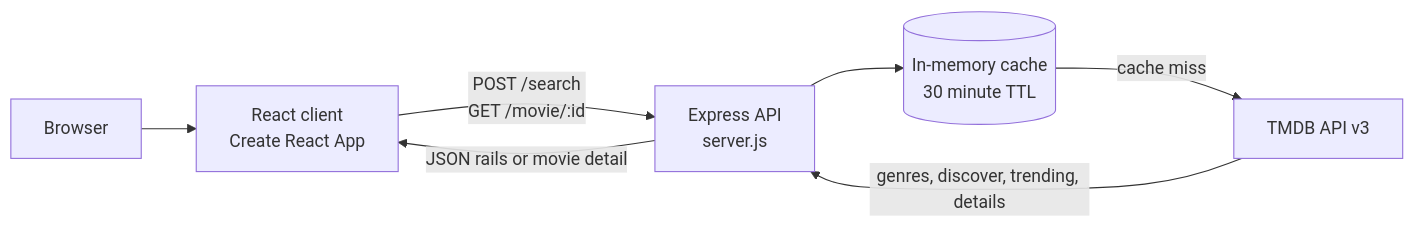
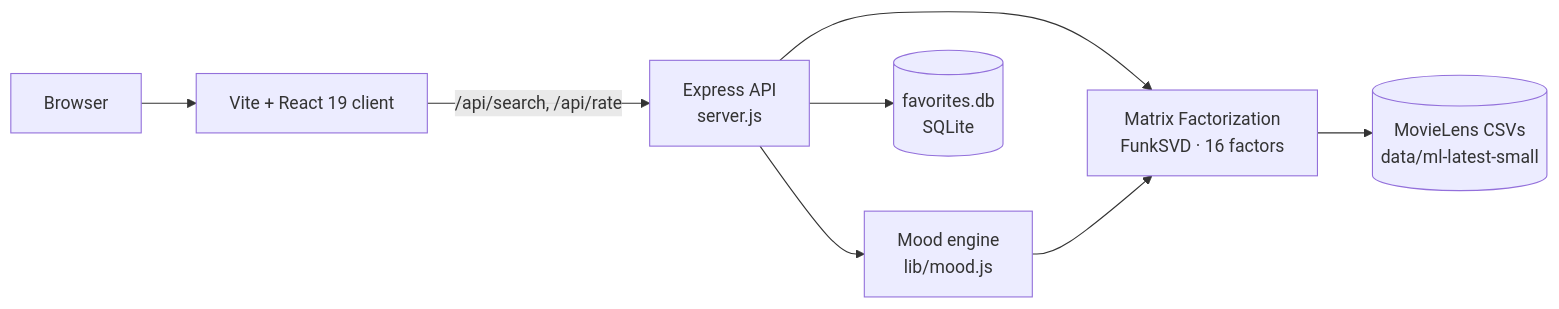
The diagram in README.md (ishanvaidya01/MoodFlix), drawn with Mermaid before and after one commit. The commit also changed other lines of this file and 38 other files, not shown here.

Commit message:
feat: offline ML recommender - matrix factorization on MovieLens, mood engine, local Vite client

````diff
--- a/README.md
+++ b/README.md
@@ -45,15 +58,18 @@
 ```mermaid
 flowchart LR
     U[Browser]
-    C["React client<br/>Create React App"]
+    C["Vite + React 19 client"]
     S["Express API<br/>server.js"]
-    M[("In-memory cache<br/>30 minute TTL")]
-    T["TMDB API v3"]
+    MF["Matrix Factorization<br/>FunkSVD · 16 factors"]
+    ME["Mood engine<br/>lib/mood.js"]
+    D[("MovieLens CSVs<br/>data/ml-latest-small")]
+    DB[("favorites.db<br/>SQLite")]
 
     U --> C
-    C -->|"POST /search<br/>GET /movie/:id"| S
-    S --> M
-    M -->|"cache miss"| T
-    T -->|"genres, discover, trending, details"| S
-    S -->|"JSON rails or movie detail"| C
+    C -->|"/api/search, /api/rate"| S
+    S --> MF
+    S --> ME
+    MF --> D
+    ME --> MF
+    S --> DB
 ```
````
